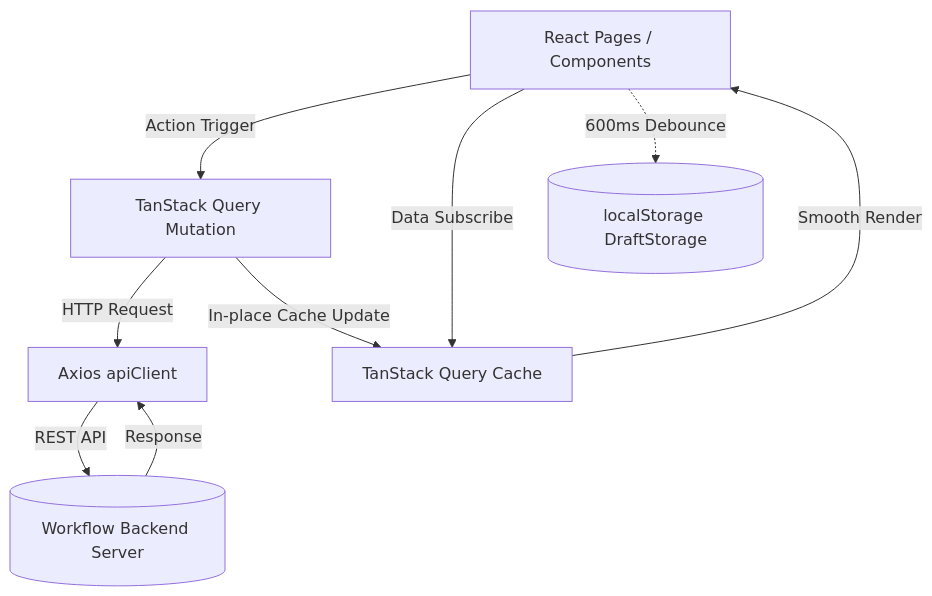
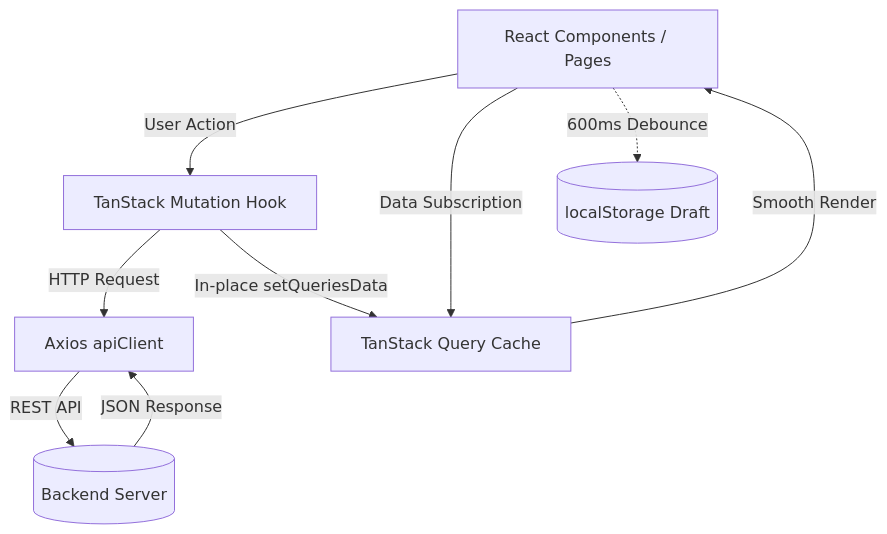
One commit to worean/antigravity-workflow changed the diagram in docs/FRONTEND_ARCHITECTURE.md. Above: the diagram before and after it, drawn with Mermaid. The commit also changed other lines of this file and 6 other files, not shown here.

Commit message:
feat(architecture): split architecture into backend/frontend docs and define fe-developer, be-developer agents

````diff
--- a/docs/FRONTEND_ARCHITECTURE.md
+++ b/docs/FRONTEND_ARCHITECTURE.md
@@ -49,11 +67,11 @@
 ```mermaid
 flowchart TD
-    UI[React Pages / Components] -->|Action Trigger| Mutation[TanStack Query Mutation]
-    UI -->|Data Subscribe| Query[TanStack Query Cache]
+    UI[React Components / Pages] -->|User Action| Mutation[TanStack Mutation Hook]
+    UI -->|Data Subscription| QueryCache[TanStack Query Cache]
     Mutation -->|HTTP Request| API[Axios apiClient]
-    API -->|REST API| Server[(Workflow Backend Server)]
-    Server -->|Response| API
-    Mutation -->|In-place Cache Update| Query
-    Query -->|Smooth Render| UI
-    UI -.->|600ms Debounce| LocalDraft[(localStorage DraftStorage)]
+    API -->|REST API| Server[(Backend Server)]
+    Server -->|JSON Response| API
+    Mutation -->|In-place setQueriesData| QueryCache
+    QueryCache -->|Smooth Render| UI
+    UI -.->|600ms Debounce| DraftStorage[(localStorage Draft)]
 ```
````
